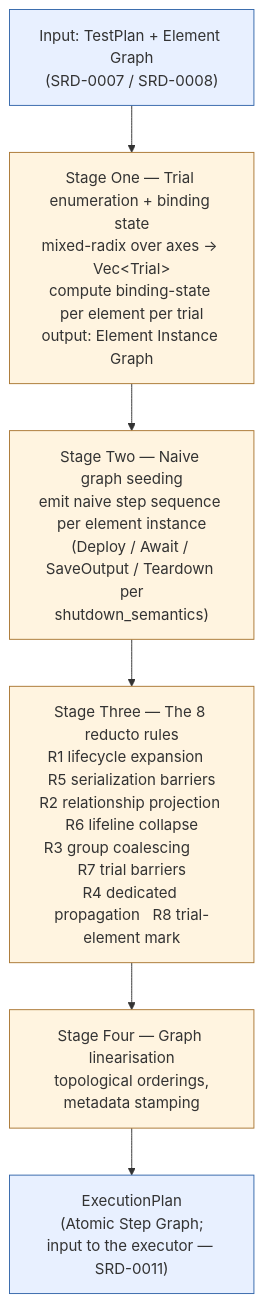
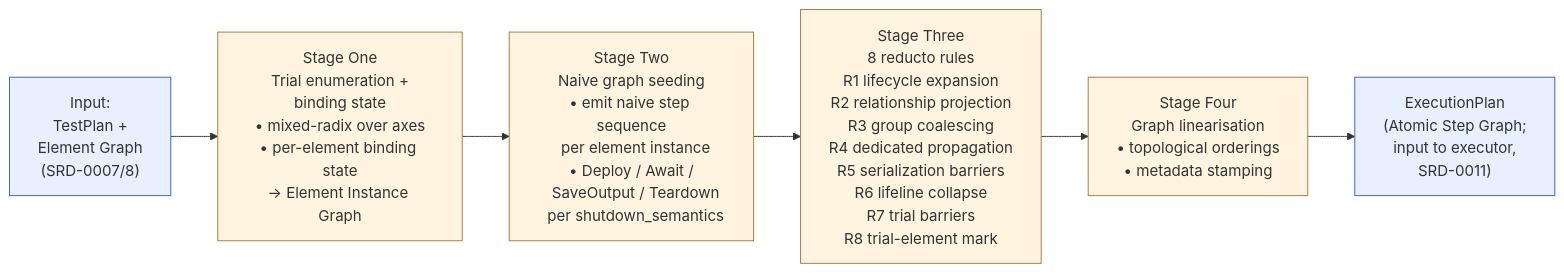
The diagram in docs/design/diagrams/SRD-0010/pipeline.mmd (nosqlbench/hyperplane-rs), drawn with Mermaid before and after one commit. The commit also changed 36 other files, not shown here.

Commit message:
diagram fixes

```diff
--- a/docs/design/diagrams/SRD-0010/pipeline.mmd
+++ b/docs/design/diagrams/SRD-0010/pipeline.mmd
@@ -1,16 +1,17 @@
 %% Copyright (c) Jonathan Shook
 %% SPDX-License-Identifier: Apache-2.0
-flowchart TB
-    IN["Input: TestPlan + Element Graph<br/>(SRD-0007 / SRD-0008)"]
-    S1["Stage One — Trial enumeration + binding state<br/>mixed-radix over axes → Vec&lt;Trial&gt;<br/>compute binding-state per element per trial<br/>output: Element Instance Graph"]
-    S2["Stage Two — Naive graph seeding<br/>emit naive step sequence per element instance<br/>(Deploy / Await / SaveOutput / Teardown per<br/>shutdown_semantics)"]
-    S3["Stage Three — The 8 reducto rules<br/>R1 lifecycle expansion   R5 serialization barriers<br/>R2 relationship projection R6 lifeline collapse<br/>R3 group coalescing       R7 trial barriers<br/>R4 dedicated propagation   R8 trial-element mark"]
-    S4["Stage Four — Graph linearisation<br/>topological orderings,<br/>metadata stamping"]
-    OUT["ExecutionPlan<br/>(Atomic Step Graph;<br/>input to the executor — SRD-0011)"]
+%%{init: {'flowchart': {'nodeSpacing': 30, 'rankSpacing': 50}}}%%
+flowchart LR
+    IN["Input:<br/>TestPlan +<br/>Element Graph<br/>(SRD-0007/8)"]
+    S1["Stage One<br/>Trial enumeration +<br/>binding state<br/>• mixed-radix over axes<br/>• per-element binding state<br/>→ Element Instance Graph"]
+    S2["Stage Two<br/>Naive graph seeding<br/>• emit naive step sequence<br/>  per element instance<br/>• Deploy / Await /<br/>  SaveOutput / Teardown<br/>  per shutdown_semantics"]
+    S3["Stage Three<br/>8 reducto rules<br/>R1 lifecycle expansion<br/>R2 relationship projection<br/>R3 group coalescing<br/>R4 dedicated propagation<br/>R5 serialization barriers<br/>R6 lifeline collapse<br/>R7 trial barriers<br/>R8 trial-element mark"]
+    S4["Stage Four<br/>Graph linearisation<br/>• topological orderings<br/>• metadata stamping"]
+    OUT["ExecutionPlan<br/>(Atomic Step Graph;<br/>input to executor,<br/>SRD-0011)"]
 
     IN --> S1 --> S2 --> S3 --> S4 --> OUT
 
     classDef io fill:#e8f0ff,stroke:#3366aa
     classDef stage fill:#fff4e0,stroke:#aa7733
     class IN,OUT io
     class S1,S2,S3,S4 stage
```
